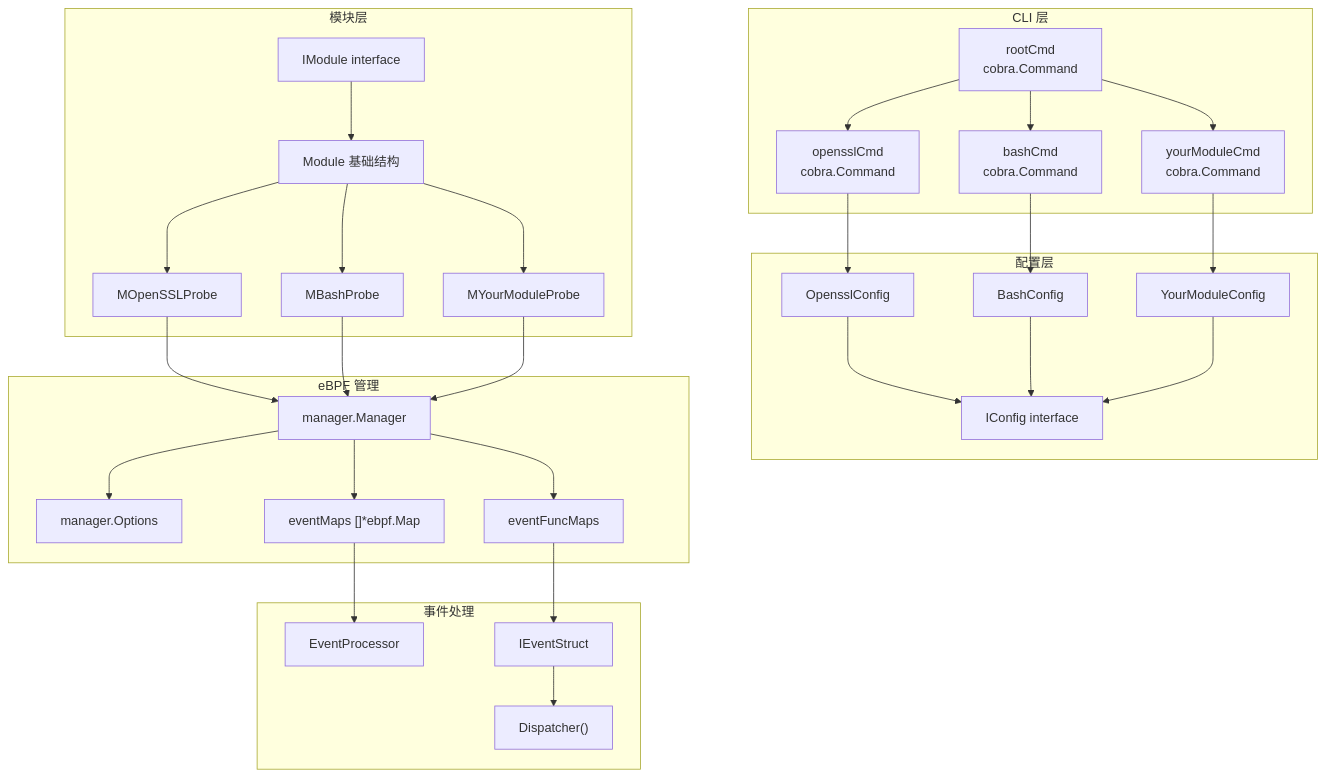
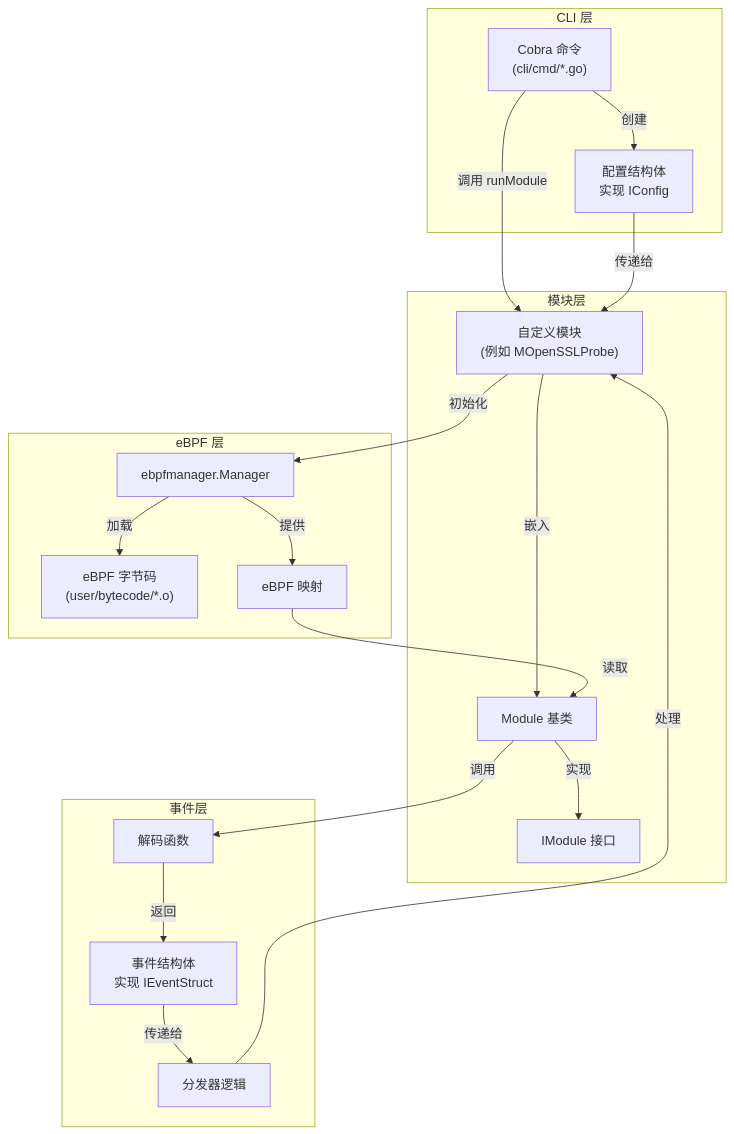
One commit to gojue/ecapture.cc changed the first of 4 diagrams in src/zh/5-development-guide/5.3-adding-new-modules.md. Above: the diagram before and after it, drawn with Mermaid. The commit also changed other lines of this file and 115 other files, not shown here.

````diff
--- a/src/zh/5-development-guide/5.3-adding-new-modules.md
+++ b/src/zh/5-development-guide/5.3-adding-new-modules.md
@@ -13,66 +23,42 @@
 ```mermaid
 graph TB
     subgraph "CLI 层"
-        rootCmd["rootCmd<br/>cobra.Command"]
-        tlsCmd["opensslCmd<br/>cobra.Command"]
-        bashCmd["bashCmd<br/>cobra.Command"]
-        customCmd["yourModuleCmd<br/>cobra.Command"]
-    end
-    
-    subgraph "配置层"
-        IConfig["IConfig interface"]
-        OpensslConfig["OpensslConfig"]
-        BashConfig["BashConfig"]
-        CustomConfig["YourModuleConfig"]
+        CMD["Cobra 命令<br/>(cli/cmd/*.go)"]
+        CONFIG["配置结构体<br/>实现 IConfig"]
     end
     
     subgraph "模块层"
-        IModule["IModule interface"]
-        Module["Module 基础结构"]
-        MOpenSSLProbe["MOpenSSLProbe"]
-        MBashProbe["MBashProbe"]
-        MCustomProbe["MYourModuleProbe"]
+        IMODULE["IModule 接口"]
+        BASE["Module 基类"]
+        CUSTOM["自定义模块<br/>(例如 MOpenSSLProbe)"]
     end
     
-    subgraph "eBPF 管理"
-        bpfManager["manager.Manager"]
-        bpfManagerOptions["manager.Options"]
-        eventMaps["eventMaps []*ebpf.Map"]
-        eventFuncMaps["eventFuncMaps"]
+    subgraph "eBPF 层"
+        BYTECODE["eBPF 字节码<br/>(user/bytecode/*.o)"]
+        MANAGER["ebpfmanager.Manager"]
+        MAPS["eBPF 映射"]
     end
     
-    subgraph "事件处理"
-        EventProcessor["EventProcessor"]
-        IEventStruct["IEventStruct"]
-        Dispatcher["Dispatcher()"]
+    subgraph "事件层"
+        DECODER["解码函数"]
+        EVENTS["事件结构体<br/>实现 IEventStruct"]
+        DISPATCHER["分发器逻辑"]
     end
     
-    rootCmd --> tlsCmd
-    rootCmd --> bashCmd
-    rootCmd --> customCmd
+    CMD -->|创建| CONFIG
+    CMD -->|调用 runModule| CUSTOM
+    CONFIG -->|传递给| CUSTOM
     
-    tlsCmd --> OpensslConfig
-    bashCmd --> BashConfig
-    customCmd --> CustomConfig
+    CUSTOM -->|嵌入| BASE
+    BASE -->|实现| IMODULE
     
-    OpensslConfig --> IConfig
-    BashConfig --> IConfig
-    CustomConfig --> IConfig
+    CUSTOM -->|初始化| MANAGER
+    MANAGER -->|加载| BYTECODE
+    MANAGER -->|提供| MAPS
     
-    IModule --> Module
-    Module --> MOpenSSLProbe
-    Module --> MBashProbe
-    Module --> MCustomProbe
-    
-    MOpenSSLProbe --> bpfManager
-    MBashProbe --> bpfManager
-    MCustomProbe --> bpfManager
-    
-    bpfManager --> bpfManagerOptions
-    bpfManager --> eventMaps
-    bpfManager --> eventFuncMaps
-    
-    eventMaps --> EventProcessor
-    eventFuncMaps --> IEventStruct
-    IEventStruct --> Dispatcher
+    MAPS -->|读取| BASE
+    BASE -->|调用| DECODER
+    DECODER -->|返回| EVENTS
+    EVENTS -->|传递给| DISPATCHER
+    DISPATCHER -->|处理| CUSTOM
 ```
````
